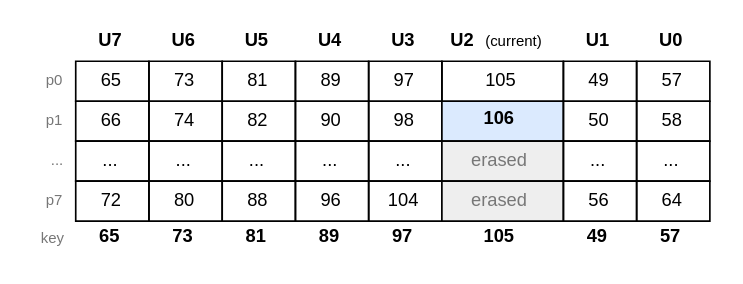
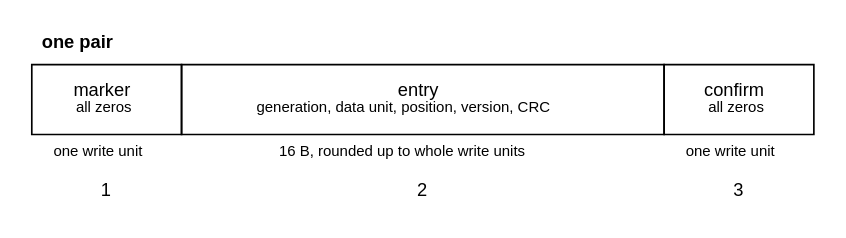
One commit to sebastien-riou/lean-ftl changed the fifth of 6 diagrams in doc/source/design.rst. Above: the diagram before and after it, drawn with Graphviz. The commit also changed other lines of this file and 9 other files, not shown here.

```diff
--- a/doc/source/design.rst
+++ b/doc/source/design.rst
@@ -452,9 +301,9 @@
 .. graphviz::
    :align: center
 
    digraph {
      graph [pad="0.05" margin="0"];
      node [shape=plaintext fontname="Helvetica" fontsize=11];
      d [label=<
-       <table border="0" cellborder="1" cellspacing="0" cellpadding="5"><tr><td border="0"></td><td border="0"><b>U7</b></td><td border="0"><b>U6</b></td><td border="0"><b>U5</b></td><td border="0"><b>U4</b></td><td border="0"><b>U3</b></td><td border="0"><b>U2</b> <font point-size="9">(current)</font></td><td border="0"><b>U1</b></td><td border="0"><b>U0</b></td></tr><tr><td border="0" align="right"><font point-size="9" color="#777777">p0</font></td><td width="44">65</td><td width="44">73</td><td width="44">81</td><td width="44">89</td><td width="44">97</td><td width="44">105</td><td width="44">49</td><td width="44">57</td></tr><tr><td border="0" align="right"><font point-size="9" color="#777777">p1</font></td><td width="44">66</td><td width="44">74</td><td width="44">82</td><td width="44">90</td><td width="44">98</td><td width="44" bgcolor="#dbeafe"><b>106</b></td><td width="44">50</td><td width="44">58</td></tr><tr><td border="0" align="right"><font point-size="9" color="#777777">...</font></td><td width="44">...</td><td width="44">...</td><td width="44">...</td><td width="44">...</td><td width="44">...</td><td width="44" bgcolor="#eeeeee"><font color="#777777">erased</font></td><td width="44">...</td><td width="44">...</td></tr><tr><td border="0" align="right"><font point-size="9" color="#777777">p7</font></td><td width="44">72</td><td width="44">80</td><td width="44">88</td><td width="44">96</td><td width="44">104</td><td width="44" bgcolor="#eeeeee"><font color="#777777">erased</font></td><td width="44">56</td><td width="44">64</td></tr><tr><td border="0" align="right"><font point-size="9" color="#777777">key</font></td><td border="0"><b>65</b></td><td border="0"><b>73</b></td><td border="0"><b>81</b></td><td border="0"><b>89</b></td><td border="0"><b>97</b></td><td border="0"><b>105</b></td><td border="0"><b>49</b></td><td border="0"><b>57</b></td></tr></table>>];
+       <table border="0" cellborder="1" cellspacing="0" cellpadding="6"><tr><td border="0" colspan="3" align="left"><b>one pair</b></td></tr><tr><td width="90" height="42">marker<br/><font point-size="9">all zeros</font></td><td width="290" height="42">entry<br/><font point-size="9">generation, data unit, position, version, CRC</font></td><td width="90" height="42">confirm<br/><font point-size="9">all zeros</font></td></tr><tr><td border="0"><font point-size="9">one write unit</font></td><td border="0"><font point-size="9">16 B, rounded up to whole write units</font></td><td border="0"><font point-size="9">one write unit</font></td></tr><tr><td border="0">1</td><td border="0">2</td><td border="0">3</td></tr></table>>];
    }
```
